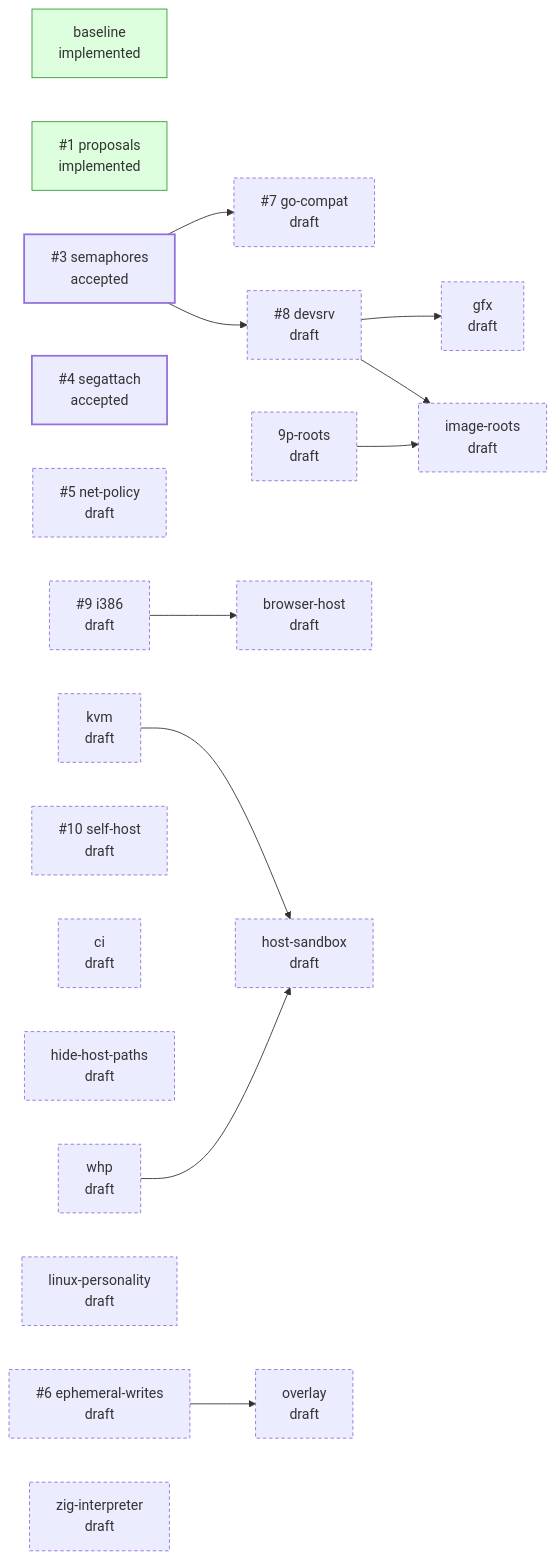
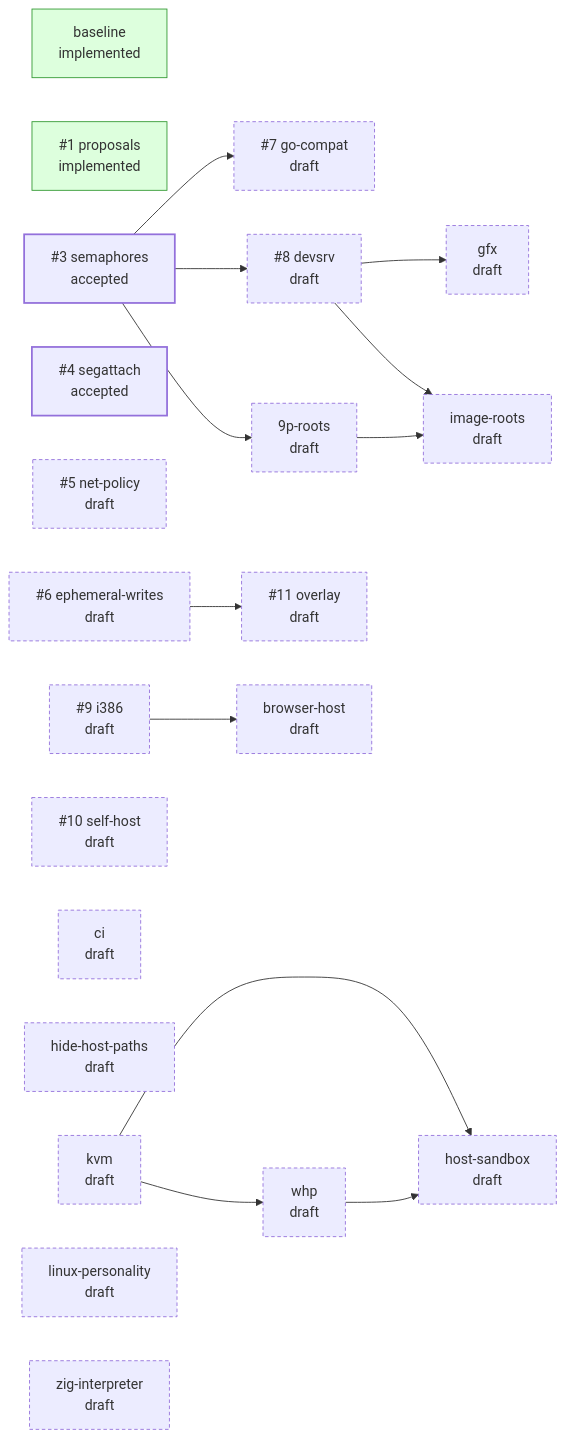
One commit to jpf/hyper9 changed the diagram in README.md. Above: the diagram before and after it, drawn with Mermaid. The commit also changed other lines of this file and 7 other files, not shown here.

````diff
--- a/README.md
+++ b/README.md
@@ -39,38 +39,40 @@
 ```mermaid
 flowchart LR
   classDef draft stroke-dasharray: 4 3
   classDef accepted stroke-width: 2px
   classDef implemented fill:#dfd,stroke:#393
   classDef closed fill:#eee,stroke:#999,color:#777
   p_baseline["baseline<br/>implemented"]:::implemented
   p_proposals["#35;1 proposals<br/>implemented"]:::implemented
   p_semaphores["#35;3 semaphores<br/>accepted"]:::accepted
   p_segattach["#35;4 segattach<br/>accepted"]:::accepted
   p_net_policy["#35;5 net-policy<br/>draft"]:::draft
   p_ephemeral_writes["#35;6 ephemeral-writes<br/>draft"]:::draft
   p_go_compat["#35;7 go-compat<br/>draft"]:::draft
   p_devsrv["#35;8 devsrv<br/>draft"]:::draft
   p_i386["#35;9 i386<br/>draft"]:::draft
   p_self_host["#35;10 self-host<br/>draft"]:::draft
+  p_overlay["#35;11 overlay<br/>draft"]:::draft
   p_9p_roots["9p-roots<br/>draft"]:::draft
   p_browser_host["browser-host<br/>draft"]:::draft
   p_ci["ci<br/>draft"]:::draft
   p_gfx["gfx<br/>draft"]:::draft
   p_hide_host_paths["hide-host-paths<br/>draft"]:::draft
   p_host_sandbox["host-sandbox<br/>draft"]:::draft
   p_image_roots["image-roots<br/>draft"]:::draft
   p_kvm["kvm<br/>draft"]:::draft
   p_linux_personality["linux-personality<br/>draft"]:::draft
-  p_overlay["overlay<br/>draft"]:::draft
   p_whp["whp<br/>draft"]:::draft
   p_zig_interpreter["zig-interpreter<br/>draft"]:::draft
   p_semaphores --> p_go_compat
   p_semaphores --> p_devsrv
+  p_ephemeral_writes --> p_overlay
+  p_semaphores --> p_9p_roots
   p_i386 --> p_browser_host
   p_devsrv --> p_gfx
   p_kvm --> p_host_sandbox
   p_whp --> p_host_sandbox
   p_devsrv --> p_image_roots
   p_9p_roots --> p_image_roots
-  p_ephemeral_writes --> p_overlay
+  p_kvm --> p_whp
 ```
````
